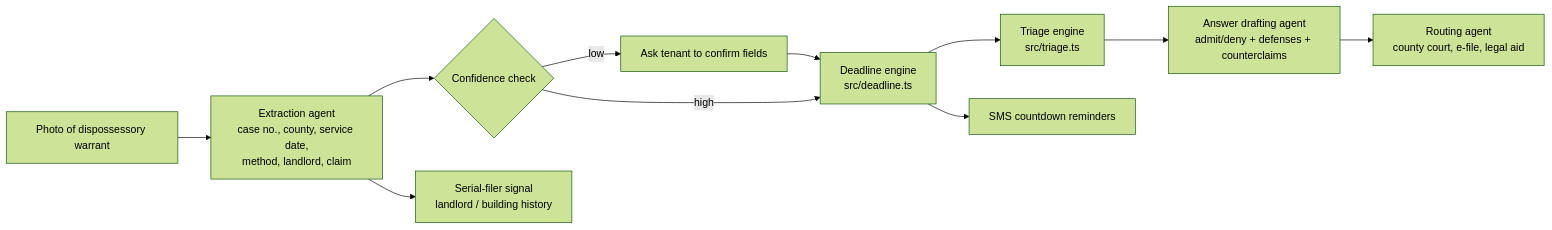
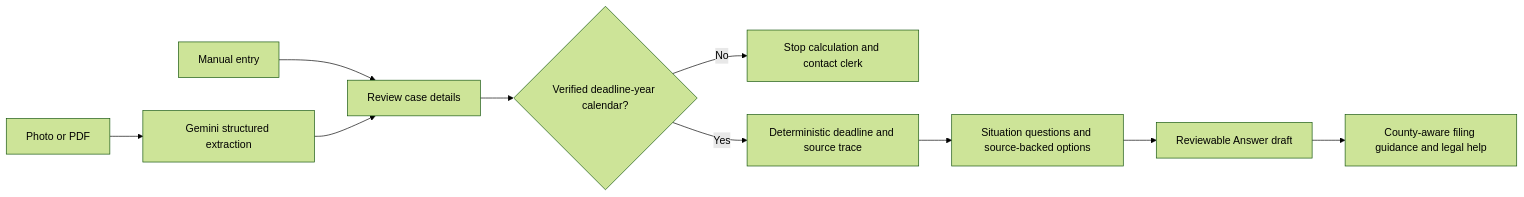
One commit to jayblast-spec/docketshield changed the diagram in docs/ARCHITECTURE.md. Above: the diagram before and after it, drawn with Mermaid (forest theme). The commit also changed other lines of this file and 9 other files, not shown here.

Commit message:
Fix deadline uncertainty, explicit document review, and county-aware filing guidance (#1)

````diff
--- a/docs/ARCHITECTURE.md
+++ b/docs/ARCHITECTURE.md
@@ -13,13 +5,12 @@
 ```mermaid
 flowchart LR
-    A[Photo of dispossessory warrant] --> B[Extraction agent<br/>case no., county, service date,<br/>method, landlord, claim]
-    B --> C{Confidence check}
-    C -- low --> H[Ask tenant to confirm fields]
-    H --> D
-    C -- high --> D[Deadline engine<br/>src/deadline.ts]
-    D --> E[Triage engine<br/>src/triage.ts]
-    E --> F[Answer drafting agent<br/>admit/deny + defenses + counterclaims]
-    F --> G[Routing agent<br/>county court, e-file, legal aid]
-    D --> R[SMS countdown reminders]
-    B --> S[Serial-filer signal<br/>landlord / building history]
+  A[Photo or PDF] --> B[Gemini structured extraction]
+  M[Manual entry] --> C[Review case details]
+  B --> C
+  C --> D{Verified deadline-year calendar?}
+  D -- No --> E[Stop calculation and contact clerk]
+  D -- Yes --> F[Deterministic deadline and source trace]
+  F --> G[Situation questions and source-backed options]
+  G --> H[Reviewable Answer draft]
+  H --> I[County-aware filing guidance and legal help]
 ```
````
